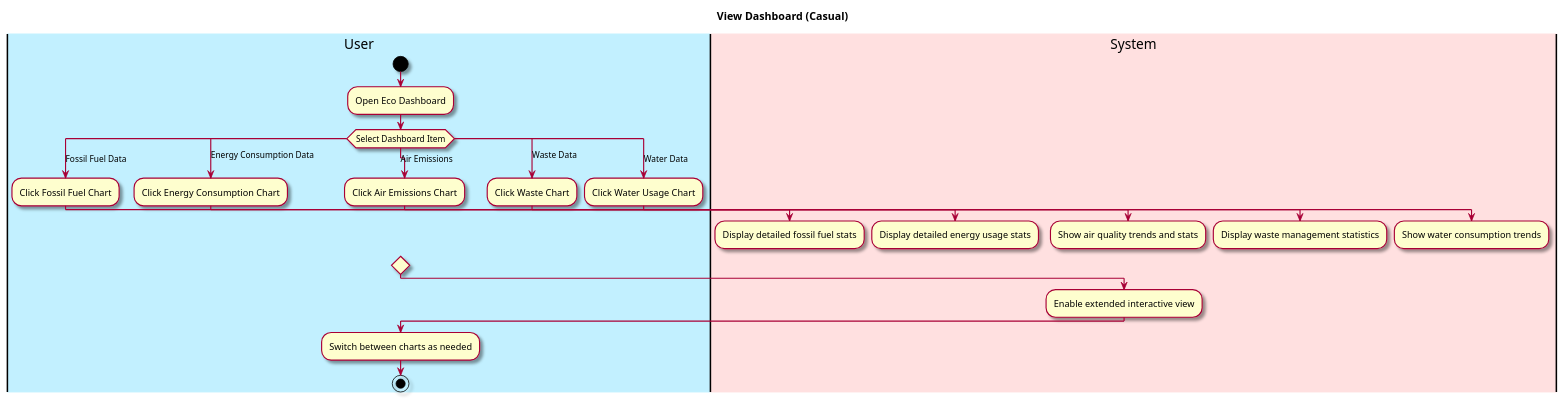
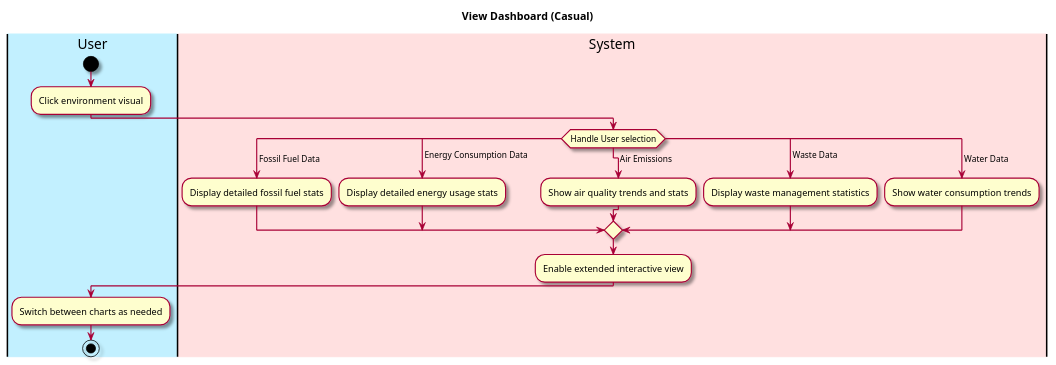
The diagram in intellij/doc/Functional Specification/view-dashboard.md (owhitleym-ui/EcoScoop), drawn with PlantUML before and after one commit. The commit also changed 4 other files, not shown here.

Commit message:
Cleaned up PlantUML diagrams.

````diff
--- a/intellij/doc/Functional Specification/view-dashboard.md
+++ b/intellij/doc/Functional Specification/view-dashboard.md
@@ -23,51 +23,42 @@
 ```plantuml
 @startuml
 
 skin rose
 
 title View Dashboard (Casual)
 
 'define the lanes
 |#application|User|
 |#implementation|System|
 
 |User|
 start
-:Open Eco Dashboard;
-
-switch (Select Dashboard Item)
-    case (Fossil Fuel Data)
-        |User|
-        :Click Fossil Fuel Chart;
+:Click environment visual;
+|System|
+switch (Handle User selection)
+    case ( Fossil Fuel Data)
         |System|
         :Display detailed fossil fuel stats;
-    case (Energy Consumption Data)
-        |User|
-        :Click Energy Consumption Chart;
+    case ( Energy Consumption Data)
         |System|
         :Display detailed energy usage stats;
-    case (Air Emissions)
-        |User|
-        :Click Air Emissions Chart;
+    case (   Air Emissions)
         |System|
         :Show air quality trends and stats;
-    case (Waste Data)
-        |User|
-        :Click Waste Chart;
+    case ( Waste Data)
         |System|
         :Display waste management statistics;
-    case (Water Data)
-        |User|
-        :Click Water Usage Chart;
+    case ( Water Data)
         |System|
         :Show water consumption trends;
+
 endswitch
 
 |System|
 :Enable extended interactive view;
 |User|
 :Switch between charts as needed;
 
 stop
 @enduml
 ```
````
